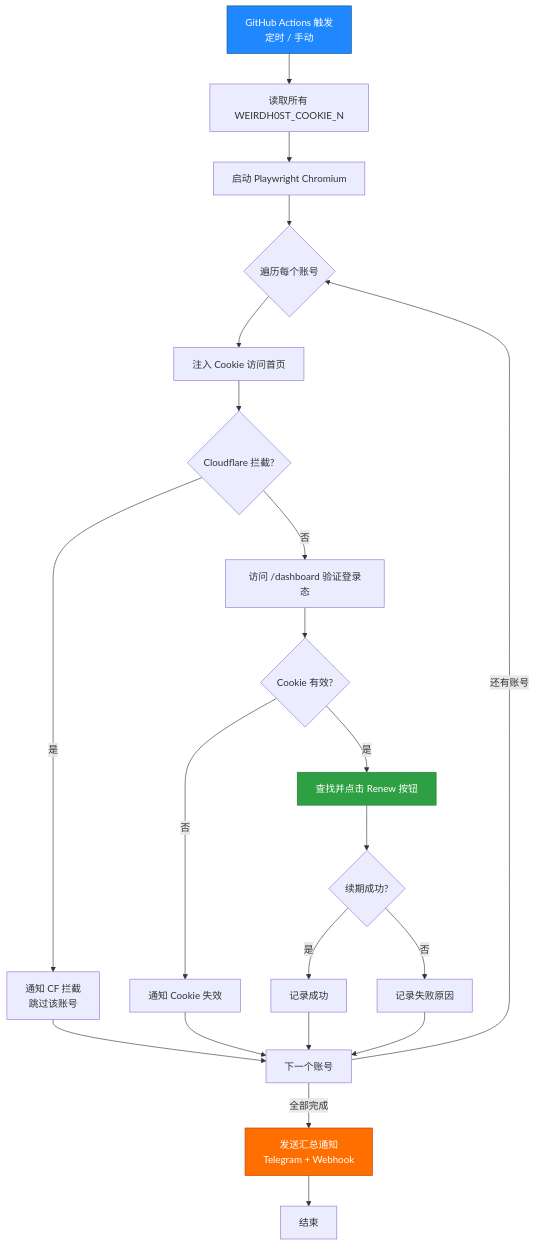
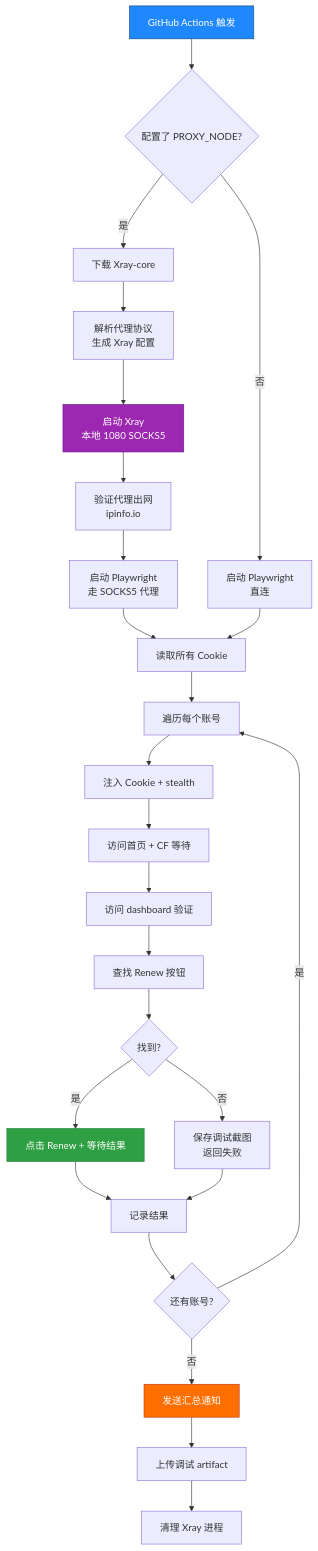
Before and after one commit to weikkadd/wdsaf: the diagram in README.md, drawn with Mermaid. The commit also changed other lines of this file and 3 other files, not shown here.

First line of the commit message:
feat: v4 - add proxy support (VLESS/VMess/Trojan/SS/SOCKS5)

````diff
--- a/README.md
+++ b/README.md
@@ -174,27 +221,32 @@
 ```mermaid
 flowchart TD
-    A[GitHub Actions 触发<br/>定时 / 手动] --> B[读取所有 WEIRDH0ST_COOKIE_N]
-    B --> C[启动 Playwright Chromium]
-    C --> D{遍历每个账号}
-    D --> E[注入 Cookie 访问首页]
-    E --> F{Cloudflare 拦截?}
-    F -->|是| G[通知 CF 拦截<br/>跳过该账号]
-    F -->|否| H[访问 /dashboard 验证登录态]
-    H --> I{Cookie 有效?}
-    I -->|否| J[通知 Cookie 失效]
-    I -->|是| K[查找并点击 Renew 按钮]
-    K --> L{续期成功?}
-    L -->|是| M[记录成功]
-    L -->|否| N[记录失败原因]
-    G --> O[下一个账号]
-    J --> O
-    M --> O
-    N --> O
-    O -->|还有账号| D
-    O -->|全部完成| P[发送汇总通知<br/>Telegram + Webhook]
-    P --> Q[结束]
+    A[GitHub Actions 触发] --> B{配置了 PROXY_NODE?}
+    B -->|是| C[下载 Xray-core]
+    C --> D[解析代理协议<br/>生成 Xray 配置]
+    D --> E[启动 Xray<br/>本地 1080 SOCKS5]
+    E --> F[验证代理出网<br/>ipinfo.io]
+    F --> G[启动 Playwright<br/>走 SOCKS5 代理]
+    B -->|否| G2[启动 Playwright<br/>直连]
+    G --> H[读取所有 Cookie]
+    G2 --> H
+    H --> I[遍历每个账号]
+    I --> J[注入 Cookie + stealth]
+    J --> K[访问首页 + CF 等待]
+    K --> L[访问 dashboard 验证]
+    L --> M[查找 Renew 按钮]
+    M --> N{找到?}
+    N -->|是| O[点击 Renew + 等待结果]
+    N -->|否| P[保存调试截图<br/>返回失败]
+    O --> Q[记录结果]
+    P --> Q
+    Q --> R{还有账号?}
+    R -->|是| I
+    R -->|否| S[发送汇总通知]
+    S --> T[上传调试 artifact]
+    T --> U[清理 Xray 进程]
 
     style A fill:#2088FF,stroke:#0F4C81,color:#fff
-    style K fill:#2EA043,stroke:#1A7F37,color:#fff
-    style P fill:#FF6F00,stroke:#BF360C,color:#fff
+    style E fill:#9C27B0,stroke:#6A1B9A,color:#fff
+    style O fill:#2EA043,stroke:#1A7F37,color:#fff
+    style S fill:#FF6F00,stroke:#BF360C,color:#fff
 ```
````
